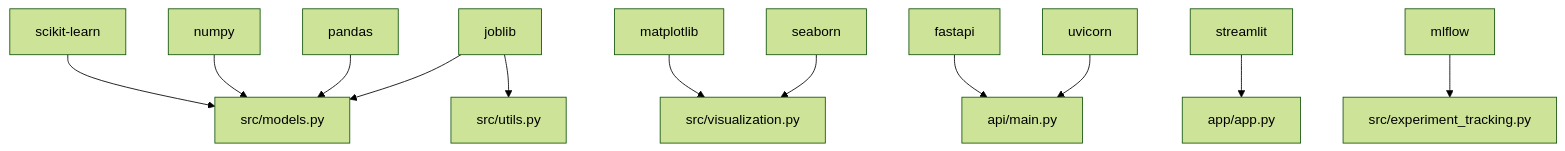
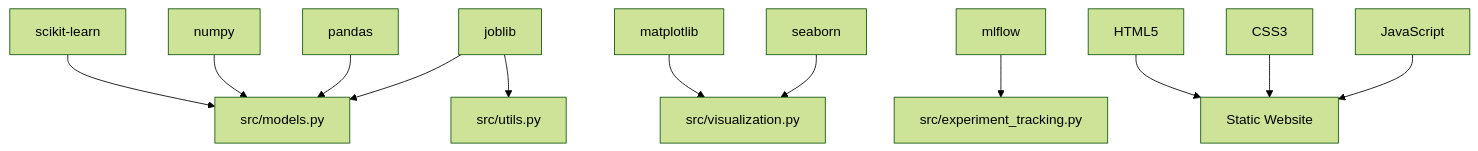
The tenth of 10 diagrams in .qoder/repowiki/en/content/Machine Learning Pipeline/Machine Learning Pipeline.md (tashkirrr/housing-price-prediction), drawn with Mermaid (forest theme) before and after one commit. The commit also changed other lines of this file and 9 other files, not shown here.

First line of the commit message:
refactor(docs): restructure docs for static website deployment

````diff
--- a/.qoder/repowiki/en/content/Machine Learning Pipeline/Machine Learning Pipeline.md
+++ b/.qoder/repowiki/en/content/Machine Learning Pipeline/Machine Learning Pipeline.md
@@ -354,14 +380,14 @@
 ```mermaid
 graph TB
 SK["scikit-learn"] --> MOD["src/models.py"]
 NP["numpy"] --> MOD
 PD["pandas"] --> MOD
 MAT["matplotlib"] --> VIS["src/visualization.py"]
 SEA["seaborn"] --> VIS
-FAST["fastapi"] --> API["api/main.py"]
-UV["uvicorn"] --> API
-STR["streamlit"] --> APP["app/app.py"]
 MLF["mlflow"] --> EXP["src/experiment_tracking.py"]
 JOB["joblib"] --> UTIL["src/utils.py"]
 JOB --> MOD
+HTML["HTML5"] --> STATIC["Static Website"]
+CSS["CSS3"] --> STATIC
+JS["JavaScript"] --> STATIC
 ```
````
